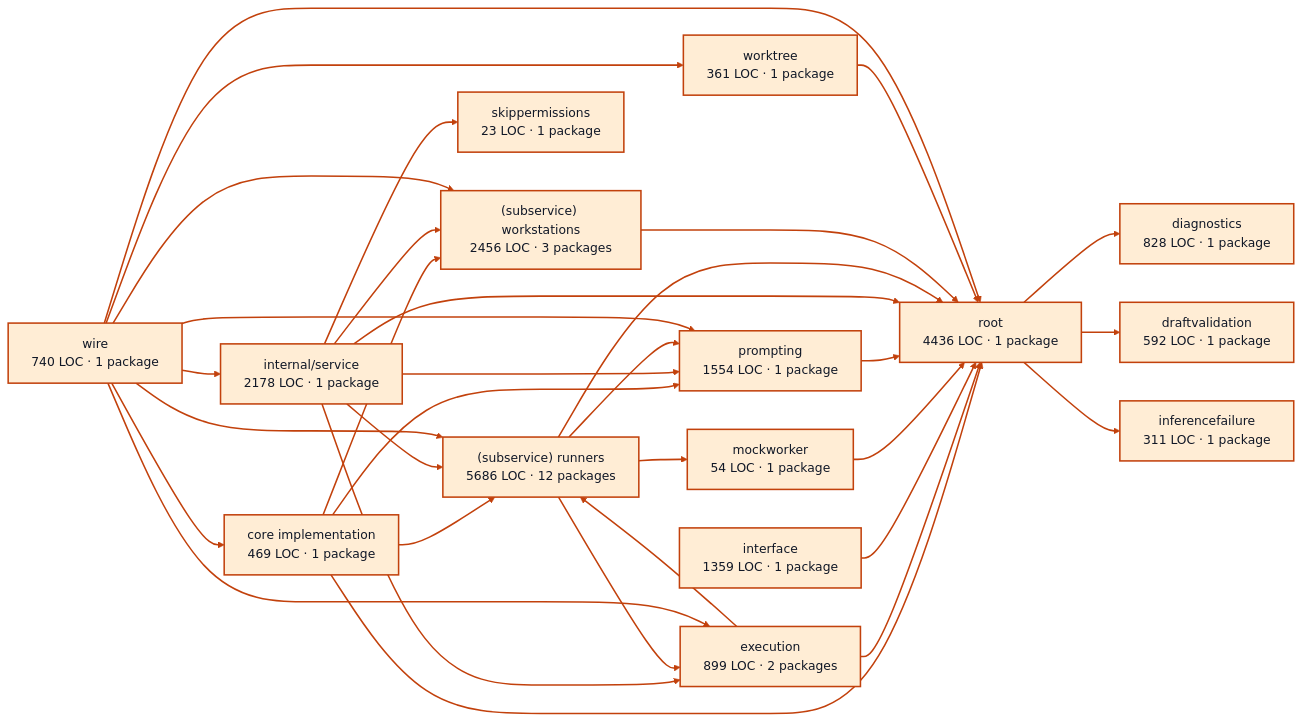
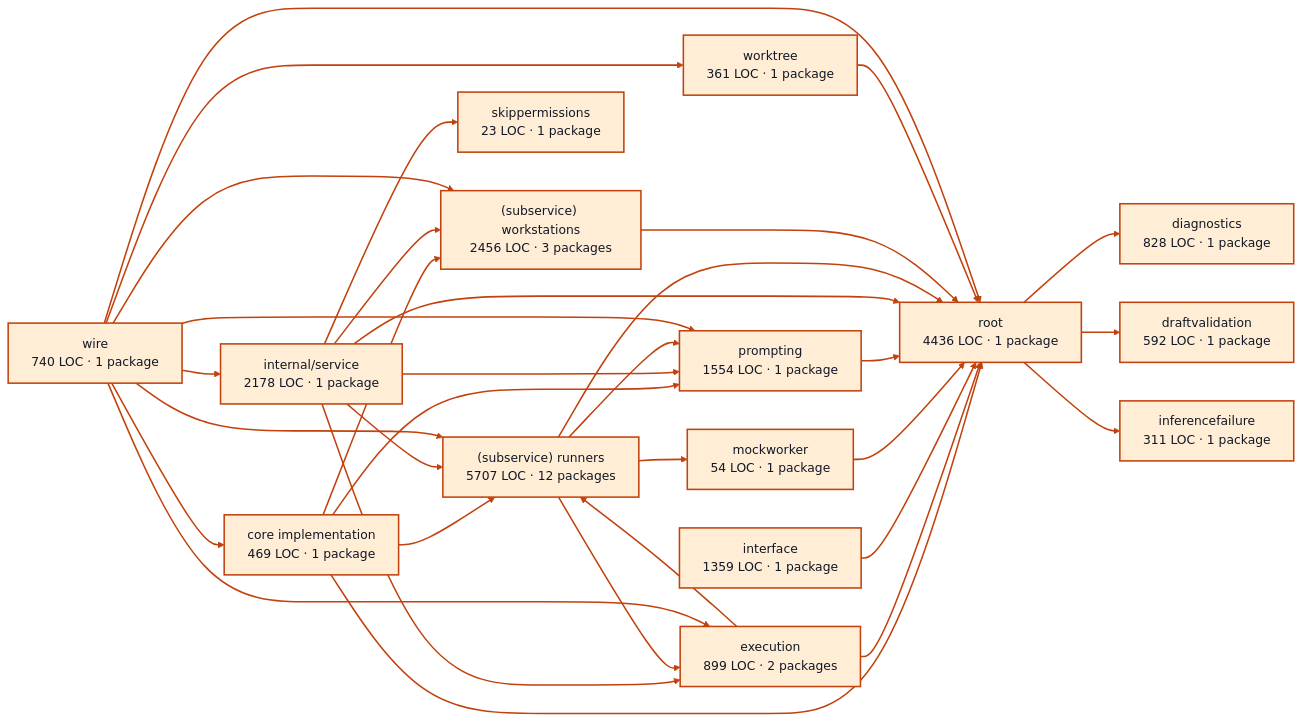
Before and after one commit to portpowered/you-agent-factory: the diagram in docs/architecture/visualizations/services/workers.md, drawn with Mermaid (base theme). The commit also changed other lines of this file and 20 other files, not shown here.

Commit message:
docs: refresh backend architecture visualizations

````diff
--- a/docs/architecture/visualizations/services/workers.md
+++ b/docs/architecture/visualizations/services/workers.md
@@ -11,66 +11,66 @@
 ```mermaid
 flowchart LR
   p0["core implementation<br/>469 LOC · 1 package"]
   p1["diagnostics<br/>828 LOC · 1 package"]
   p2["draftvalidation<br/>592 LOC · 1 package"]
   p3["execution<br/>899 LOC · 2 packages"]
   p4["inferencefailure<br/>311 LOC · 1 package"]
   p5["interface<br/>1359 LOC · 1 package"]
   p6["mockworker<br/>54 LOC · 1 package"]
   p7["prompting<br/>1554 LOC · 1 package"]
   p8["internal/service<br/>2178 LOC · 1 package"]
-  p9["(subservice) runners<br/>5686 LOC · 12 packages"]
+  p9["(subservice) runners<br/>5707 LOC · 12 packages"]
   p10["(subservice) workstations<br/>2456 LOC · 3 packages"]
   p11["skippermissions<br/>23 LOC · 1 package"]
   p12["worktree<br/>361 LOC · 1 package"]
   p13["root<br/>4436 LOC · 1 package"]
   p14["wire<br/>740 LOC · 1 package"]
   p0 --> p7
   p0 --> p9
   p0 --> p10
   p0 --> p13
   p3 --> p9
   p3 --> p13
   p5 --> p13
   p6 --> p13
   p7 --> p13
   p8 --> p3
   p8 --> p7
   p8 --> p9
   p8 --> p10
   p8 --> p11
   p8 --> p13
   p9 --> p3
   p9 --> p6
   p9 --> p7
   p9 --> p13
   p10 --> p13
   p12 --> p13
   p13 --> p1
   p13 --> p2
   p13 --> p4
   p14 --> p0
   p14 --> p3
   p14 --> p7
   p14 --> p8
   p14 --> p9
   p14 --> p10
   p14 --> p12
   p14 --> p13
   style p0 fill:#ffedd5,stroke:#c2410c,stroke-width:2px,color:#111827
   style p1 fill:#ffedd5,stroke:#c2410c,stroke-width:2px,color:#111827
   style p2 fill:#ffedd5,stroke:#c2410c,stroke-width:2px,color:#111827
   style p3 fill:#ffedd5,stroke:#c2410c,stroke-width:2px,color:#111827
   style p4 fill:#ffedd5,stroke:#c2410c,stroke-width:2px,color:#111827
   style p5 fill:#ffedd5,stroke:#c2410c,stroke-width:2px,color:#111827
   style p6 fill:#ffedd5,stroke:#c2410c,stroke-width:2px,color:#111827
   style p7 fill:#ffedd5,stroke:#c2410c,stroke-width:2px,color:#111827
   style p8 fill:#ffedd5,stroke:#c2410c,stroke-width:2px,color:#111827
   style p9 fill:#ffedd5,stroke:#c2410c,stroke-width:2px,color:#111827
   style p10 fill:#ffedd5,stroke:#c2410c,stroke-width:2px,color:#111827
   style p11 fill:#ffedd5,stroke:#c2410c,stroke-width:2px,color:#111827
   style p12 fill:#ffedd5,stroke:#c2410c,stroke-width:2px,color:#111827
   style p13 fill:#ffedd5,stroke:#c2410c,stroke-width:2px,color:#111827
   style p14 fill:#ffedd5,stroke:#c2410c,stroke-width:2px,color:#111827
   linkStyle default stroke:#c2410c,stroke-width:2px
 ```
````
